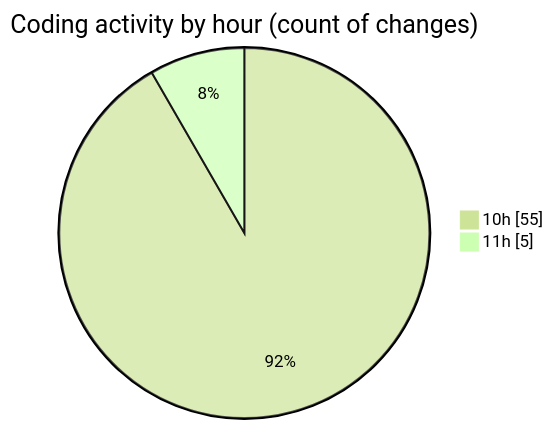
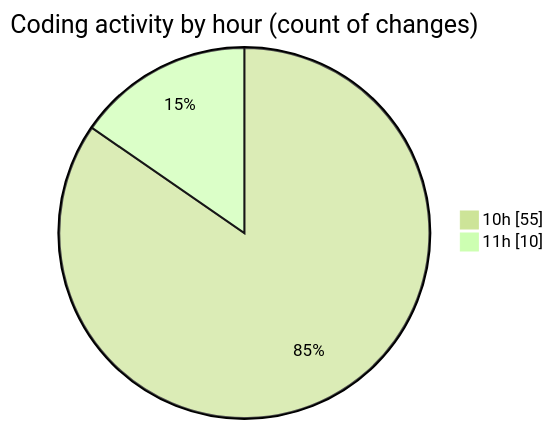
One commit to nxtqubesakshisongat/code-tracking changed the second of 2 diagrams in 2026-03-06/nxtqube_webapp/README.md. Above: the diagram before and after it, drawn with Mermaid (forest theme). The commit also changed other lines of this file and 1 other file, not shown here.

````diff
--- a/2026-03-06/nxtqube_webapp/README.md
+++ b/2026-03-06/nxtqube_webapp/README.md
@@ -37,6 +38,6 @@
 ```mermaid
 pie showData
 title Coding activity by hour (count of changes)
 "10h" : 55
-"11h" : 5
+"11h" : 10
 ```
````
